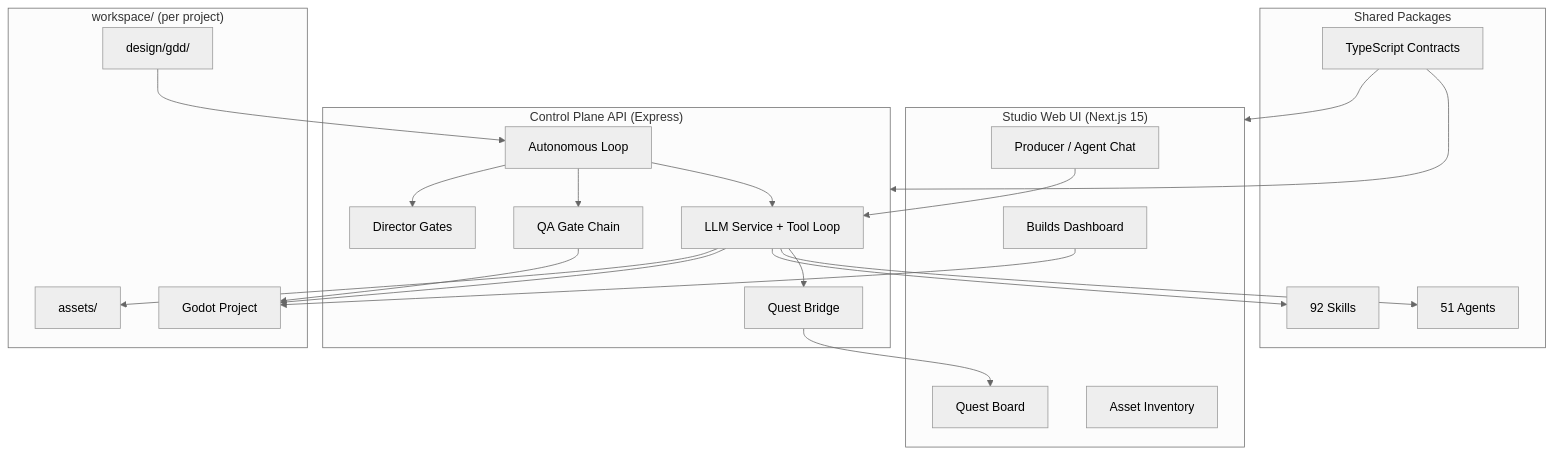
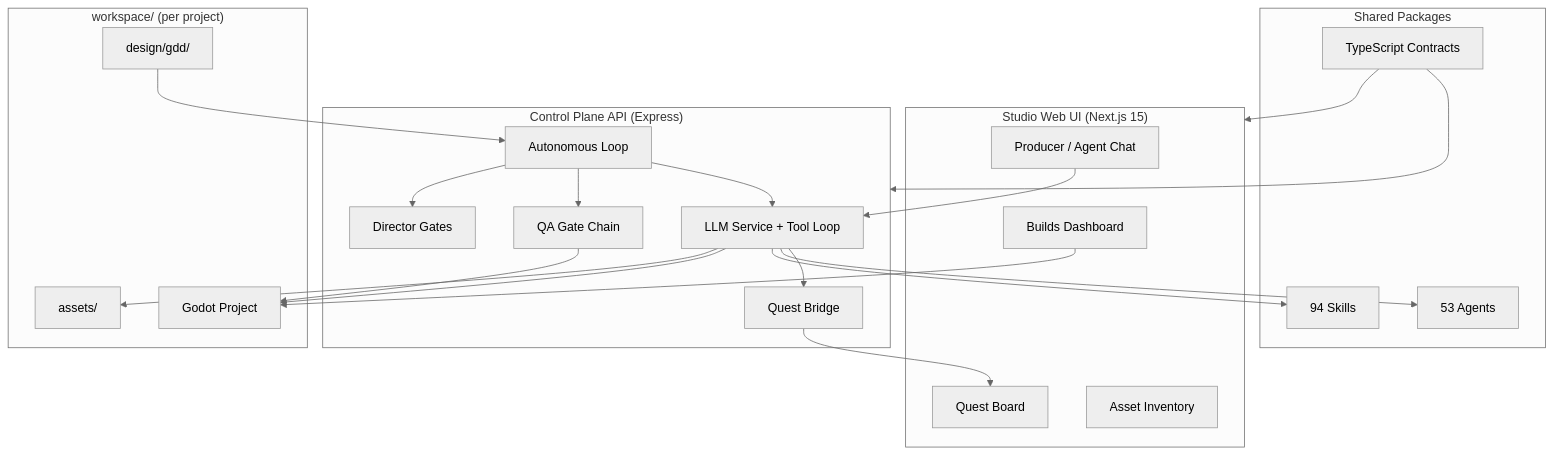
One commit to agentic-game-studio/game-control-plane changed the diagram in README.md. Above: the diagram before and after it, drawn with Mermaid (neutral theme). The commit also changed other lines of this file and 3 other files, not shown here.

````diff
--- a/README.md
+++ b/README.md
@@ -133,45 +133,45 @@
 ```mermaid
 flowchart TB
   subgraph UI["Studio Web UI (Next.js 15)"]
     Chat[Producer / Agent Chat]
     Kanban[Quest Board]
     Builds[Builds Dashboard]
     Assets[Asset Inventory]
   end
 
   subgraph API["Control Plane API (Express)"]
     LLM[LLM Service + Tool Loop]
     Auto[Autonomous Loop]
     Gates[Director Gates]
     QA[QA Gate Chain]
     Quest[Quest Bridge]
   end
 
   subgraph Registry["Shared Packages"]
-    Agents[51 Agents]
-    Skills[92 Skills]
+    Agents[53 Agents]
+    Skills[94 Skills]
     Types[TypeScript Contracts]
   end
 
   subgraph Output["workspace/ (per project)"]
     GDD[design/gdd/]
     Godot[Godot Project]
     Art[assets/]
   end
 
   Chat --> LLM
   Auto --> LLM
   LLM --> Quest
   Quest --> Kanban
   LLM --> Agents
   LLM --> Skills
   Auto --> QA
   Auto --> Gates
   QA --> Godot
   LLM --> Godot
   LLM --> Art
   Builds --> Godot
   Types --> API
   Types --> UI
   GDD --> Auto
 ```
````
